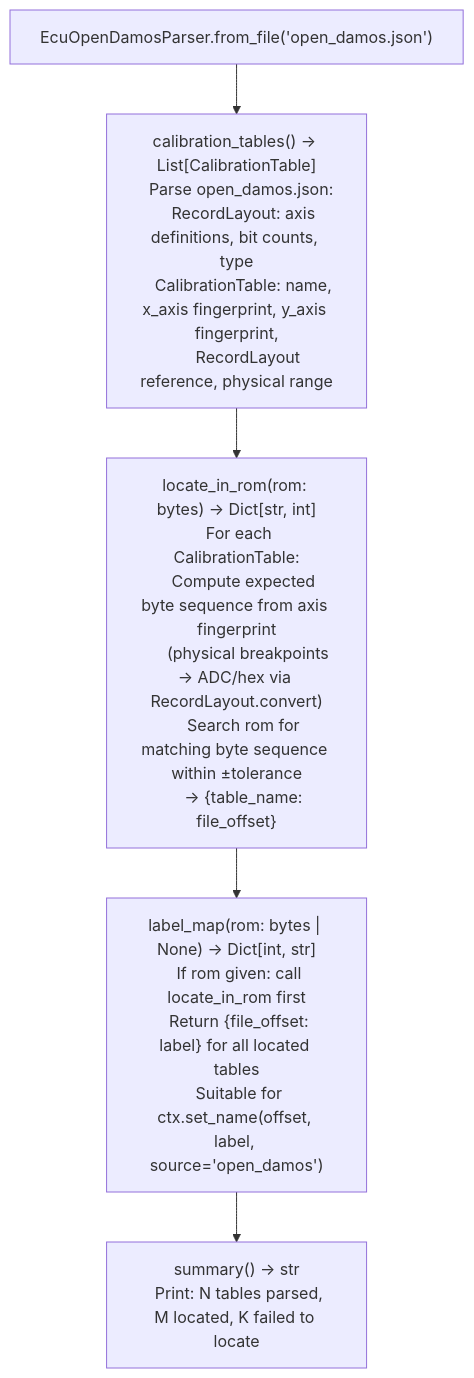
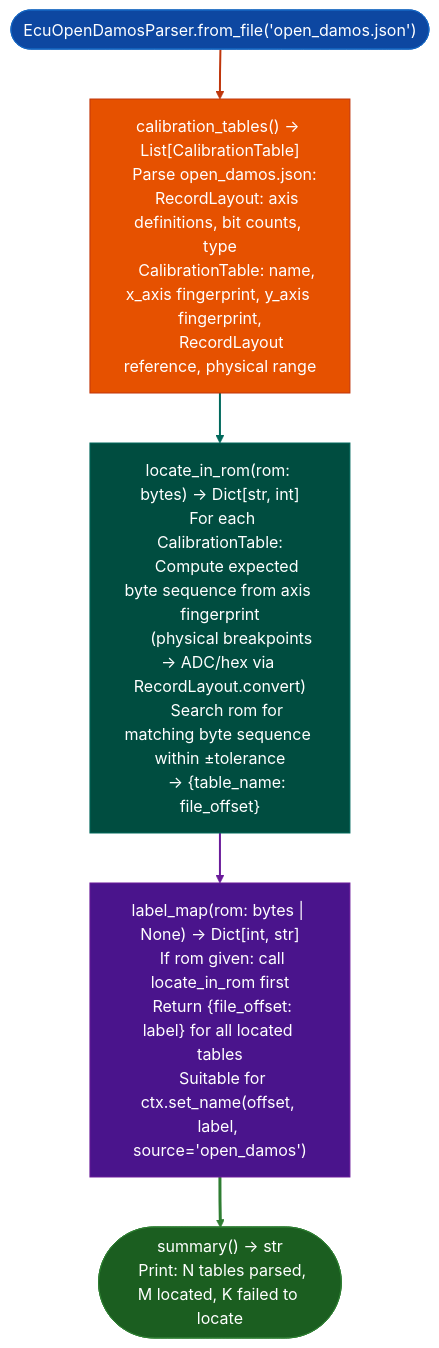
One commit to Ablation-Tool/ablation changed the diagram in docs/reference-modules/calibration-variant-relocation-support.md. Above: the diagram before and after it, drawn with Mermaid. The commit also changed 320 other files, not shown here.

First line of the commit message:
docs: apply canonical Mermaid template to all 321 diagrams

````diff
--- a/docs/reference-modules/calibration-variant-relocation-support.md
+++ b/docs/reference-modules/calibration-variant-relocation-support.md
@@ -19,7 +19,17 @@
 ```mermaid
 flowchart TD
-    A["EcuOpenDamosParser.from_file('open_damos.json')"] --> B["calibration_tables() → List[CalibrationTable]\n  Parse open_damos.json:\n    RecordLayout: axis definitions, bit counts, type\n    CalibrationTable: name, x_axis fingerprint, y_axis fingerprint,\n      RecordLayout reference, physical range"]
-    B --> C["locate_in_rom(rom: bytes) → Dict[str, int]\n  For each CalibrationTable:\n    Compute expected byte sequence from axis fingerprint\n      (physical breakpoints → ADC/hex via RecordLayout.convert)\n    Search rom for matching byte sequence within ±tolerance\n    → {table_name: file_offset}"]
-    C --> D["label_map(rom: bytes | None) → Dict[int, str]\n  If rom given: call locate_in_rom first\n  Return {file_offset: label} for all located tables\n  Suitable for ctx.set_name(offset, label, source='open_damos')"]
-    D --> E["summary() → str\n  Print: N tables parsed, M located, K failed to locate"]
+    A(["EcuOpenDamosParser.from_file('open_damos.json')"]):::input --> B["calibration_tables() → List[CalibrationTable]\n  Parse open_damos.json:\n    RecordLayout: axis definitions, bit counts, type\n    CalibrationTable: name, x_axis fingerprint, y_axis fingerprint,\n      RecordLayout reference, physical range"]:::primary
+    B:::primary --> C["locate_in_rom(rom: bytes) → Dict[str, int]\n  For each CalibrationTable:\n    Compute expected byte sequence from axis fingerprint\n      (physical breakpoints → ADC/hex via RecordLayout.convert)\n    Search rom for matching byte sequence within ±tolerance\n    → {table_name: file_offset}"]:::secondary
+    C:::secondary --> D["label_map(rom: bytes | None) → Dict[int, str]\n  If rom given: call locate_in_rom first\n  Return {file_offset: label} for all located tables\n  Suitable for ctx.set_name(offset, label, source='open_damos')"]:::tertiary
+    D:::tertiary --> E(["summary() → str\n  Print: N tables parsed, M located, K failed to locate"]):::output
+    classDef input     fill:#0d47a1,stroke:#1565c0,color:#fff
+    classDef primary   fill:#e65100,stroke:#bf360c,color:#fff
+    classDef secondary fill:#004d40,stroke:#00695c,color:#fff
+    classDef tertiary  fill:#4a148c,stroke:#6a1b9a,color:#fff
+    classDef neutral   fill:#37474f,stroke:#546e7a,color:#fff
+    classDef output    fill:#1b5e20,stroke:#2e7d32,color:#fff
+    linkStyle 0 stroke:#bf360c,stroke-width:2px
+    linkStyle 1 stroke:#00695c,stroke-width:2px
+    linkStyle 2 stroke:#6a1b9a,stroke-width:2px
+    linkStyle 3 stroke:#2e7d32,stroke-width:3px
 ```
````
